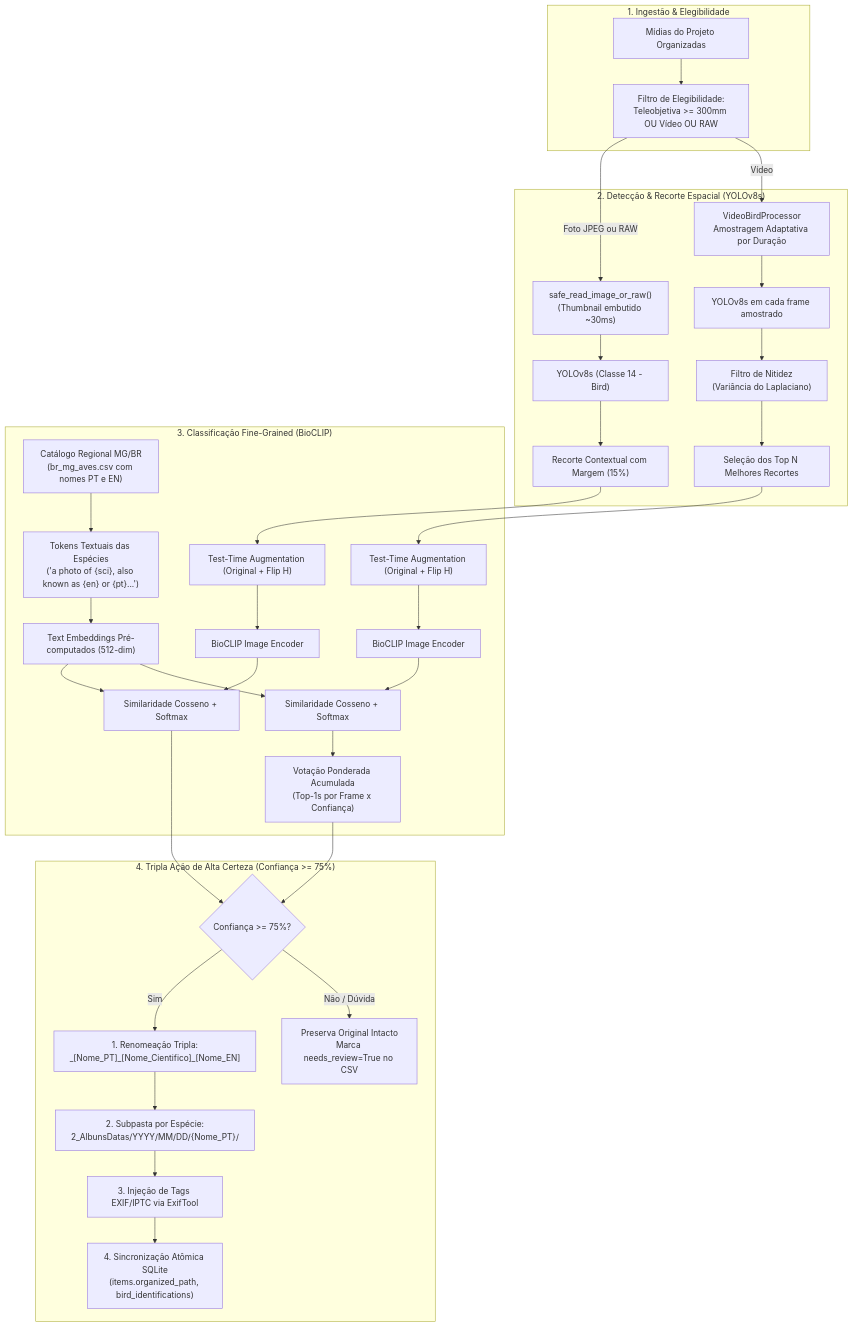
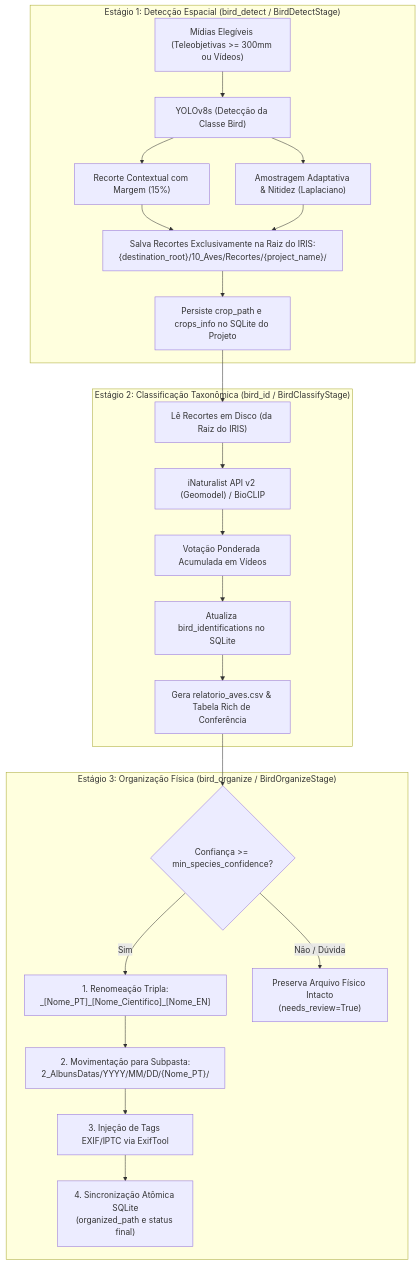
The diagram in docs/modulos/12-bird-id.md (felipeph/IRIS), drawn with Mermaid before and after one commit. The commit also changed other lines of this file and 18 other files, not shown here.

````diff
--- a/docs/modulos/12-bird-id.md
+++ b/docs/modulos/12-bird-id.md
@@ -11,47 +9,45 @@
 ```mermaid
 flowchart TD
-    subgraph Ingestao["1. Ingestão & Elegibilidade"]
-        RawMedia["Mídias do Projeto Organizadas"]
-        Filter["Filtro de Elegibilidade:\nTeleobjetiva >= 300mm OU Vídeo OU RAW"]
-        RawMedia --> Filter
+    subgraph E1["Estágio 1: Detecção Espacial (bird_detect / BirdDetectStage)"]
+        Media["Mídias Elegíveis (Teleobjetivas >= 300mm ou Vídeos)"]
+        YOLO["YOLOv8s (Detecção da Classe Bird)"]
+        CropPhotos["Recorte Contextual com Margem (15%)"]
+        CropVideos["Amostragem Adaptativa & Nitidez (Laplaciano)"]
+        SaveRoot["Salva Recortes Exclusivamente na Raiz do IRIS:\n{destination_root}/10_Aves/Recortes/{project_name}/"]
+        DB1["Persiste crop_path e crops_info no SQLite do Projeto"]
+        
+        Media --> YOLO
+        YOLO --> CropPhotos & CropVideos
+        CropPhotos & CropVideos --> SaveRoot
+        SaveRoot --> DB1
     end
 
-    subgraph Deteccao["2. Detecção & Recorte Espacial (YOLOv8s)"]
-        Filter -->|Foto JPEG ou RAW| Reader["safe_read_image_or_raw()\n(Thumbnail embutido ~30ms)"]
-        Reader --> YOLO_Photo["YOLOv8s (Classe 14 - Bird)"]
-        YOLO_Photo --> CropPhoto["Recorte Contextual com Margem (15%)"]
-
-        Filter -->|Vídeo| VideoCap["VideoBirdProcessor\nAmostragem Adaptativa por Duração"]
-        VideoCap --> YOLO_Video["YOLOv8s em cada frame amostrado"]
-        YOLO_Video --> SharpnessFilter["Filtro de Nitidez\n(Variância do Laplaciano)"]
-        SharpnessFilter --> TopCrops["Seleção dos Top N Melhores Recortes"]
+    subgraph E2["Estágio 2: Classificação Taxonômica (bird_id / BirdClassifyStage)"]
+        ReadCrops["Lê Recortes em Disco (da Raiz do IRIS)"]
+        Classifier["iNaturalist API v2 (Geomodel) / BioCLIP"]
+        VideoVote["Votação Ponderada Acumulada em Vídeos"]
+        DB2["Atualiza bird_identifications no SQLite"]
+        CSV["Gera relatorio_aves.csv & Tabela Rich de Conferência"]
+        
+        DB1 --> ReadCrops
+        ReadCrops --> Classifier
+        Classifier --> VideoVote
+        VideoVote --> DB2
+        DB2 --> CSV
     end
 
-    subgraph Classificacao["3. Classificação Fine-Grained (BioCLIP)"]
-        Catalog["Catálogo Regional MG/BR\n(br_mg_aves.csv com nomes PT e EN)"]
-        TextTokens["Tokens Textuais das Espécies\n('a photo of {sci}, also known as {en} or {pt}...')"]
-        Catalog --> TextTokens
-        TextTokens --> Embeddings["Text Embeddings Pré-computados (512-dim)"]
-
-        CropPhoto --> TTA_Photo["Test-Time Augmentation (Original + Flip H)"]
-        TopCrops --> TTA_Video["Test-Time Augmentation (Original + Flip H)"]
-
-        TTA_Photo --> BioCLIP_Photo["BioCLIP Image Encoder"]
-        TTA_Video --> BioCLIP_Video["BioCLIP Image Encoder"]
-
-        BioCLIP_Photo & Embeddings --> Cosine_Photo["Similaridade Cosseno + Softmax"]
-        BioCLIP_Video & Embeddings --> Cosine_Video["Similaridade Cosseno + Softmax"]
-
-        Cosine_Video --> WeightedVote["Votação Ponderada Acumulada\n(Top-1s por Frame x Confiança)"]
-    end
-
-    subgraph AcaoAltaCerteza["4. Tripla Ação de Alta Certeza (Confiança >= 75%)"]
-        Cosine_Photo & WeightedVote --> Gate{"Confiança >= 75%?"}
-        Gate -->|Sim| Rename["1. Renomeação Tripla:\n_[Nome_PT]_[Nome_Cientifico]_[Nome_EN]"]
-        Rename --> Subfolder["2. Subpasta por Espécie:\n2_AlbunsDatas/YYYY/MM/DD/{Nome_PT}/"]
-        Subfolder --> EXIF["3. Injeção de Tags EXIF/IPTC via ExifTool"]
-        EXIF --> DualWrite["4. Sincronização Atômica SQLite\n(items.organized_path, bird_identifications)"]
-
-        Gate -->|Não / Dúvida| Review["Preserva Original Intacto\nMarca needs_review=True no CSV"]
+    subgraph E3["Estágio 3: Organização Física (bird_organize / BirdOrganizeStage)"]
+        CheckGate{"Confiança >= min_species_confidence?"}
+        Rename["1. Renomeação Tripla:\n_[Nome_PT]_[Nome_Cientifico]_[Nome_EN]"]
+        Subfolder["2. Movimentação para Subpasta:\n2_AlbunsDatas/YYYY/MM/DD/{Nome_PT}/"]
+        EXIF["3. Injeção de Tags EXIF/IPTC via ExifTool"]
+        DB3["4. Sincronização Atômica SQLite\n(organized_path e status final)"]
+        
+        CSV --> CheckGate
+        CheckGate -->|Sim| Rename
+        Rename --> Subfolder
+        Subfolder --> EXIF
+        EXIF --> DB3
+        CheckGate -->|Não / Dúvida| Skip["Preserva Arquivo Físico Intacto\n(needs_review=True)"]
     end
 ```
````
